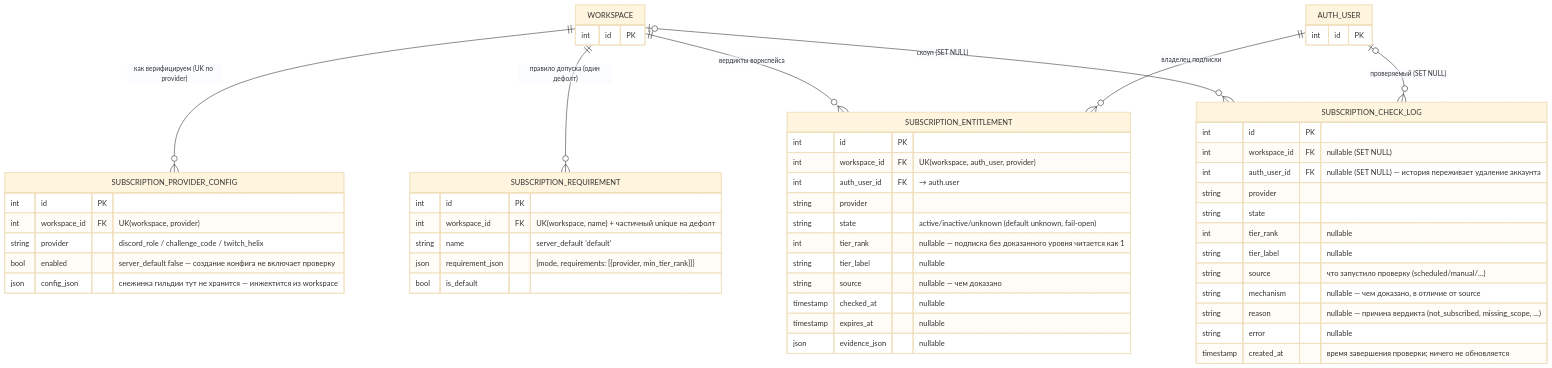
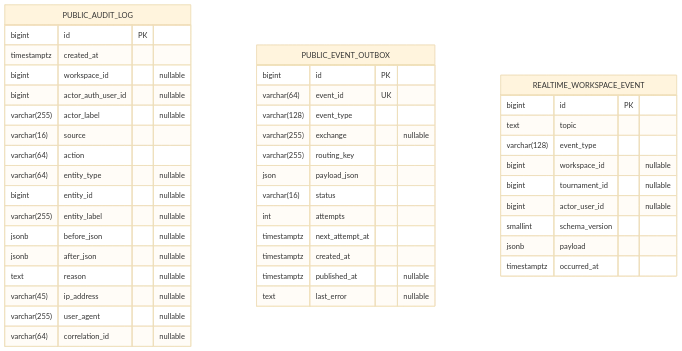
One commit to CraazzzyyFoxx/anak-tournaments changed diagram 19 of 19 in docs/database_erd.md. Above: the diagram before and after it, drawn with Mermaid (base theme). The commit also changed other lines of this file and 60 other files, not shown here.

````diff
--- a/docs/database_erd.md
+++ b/docs/database_erd.md
@@ -1484,57 +2560,46 @@
 ```mermaid
 erDiagram
-    SUBSCRIPTION_PROVIDER_CONFIG {
-        int id PK
-        int workspace_id FK "UK(workspace, provider)"
-        string provider "discord_role / challenge_code / twitch_helix"
-        bool enabled "server_default false — создание конфига не включает проверку"
-        json config_json "снежинка гильдии тут не хранится — инжектится из workspace"
+    PUBLIC_AUDIT_LOG {
+        bigint id PK
+        timestamptz created_at
+        bigint workspace_id "nullable"
+        bigint actor_auth_user_id "nullable"
+        varchar(255) actor_label "nullable"
+        varchar(16) source
+        varchar(64) action
+        varchar(64) entity_type "nullable"
+        bigint entity_id "nullable"
+        varchar(255) entity_label "nullable"
+        jsonb before_json "nullable"
+        jsonb after_json "nullable"
+        text reason "nullable"
+        varchar(45) ip_address "nullable"
+        varchar(255) user_agent "nullable"
+        varchar(64) correlation_id "nullable"
     }
-    SUBSCRIPTION_REQUIREMENT {
-        int id PK
-        int workspace_id FK "UK(workspace, name) + частичный unique на дефолт"
-        string name "server_default 'default'"
-        json requirement_json "{mode, requirements: [{provider, min_tier_rank}]}"
-        bool is_default
+    PUBLIC_EVENT_OUTBOX {
+        bigint id PK
+        varchar(64) event_id UK
+        varchar(128) event_type
+        varchar(255) exchange "nullable"
+        varchar(255) routing_key
+        json payload_json
+        varchar(16) status
+        int attempts
+        timestamptz next_attempt_at
+        timestamptz created_at
+        timestamptz published_at "nullable"
+        text last_error "nullable"
     }
-    SUBSCRIPTION_ENTITLEMENT {
-        int id PK
-        int workspace_id FK "UK(workspace, auth_user, provider)"
-        int auth_user_id FK "→ auth.user"
-        string provider
-        string state "active/inactive/unknown (default unknown, fail-open)"
-        int tier_rank "nullable — подписка без доказанного уровня читается как 1"
-        string tier_label "nullable"
-        string source "nullable — чем доказано"
-        timestamp checked_at "nullable"
-        timestamp expires_at "nullable"
-        json evidence_json "nullable"
+    REALTIME_WORKSPACE_EVENT {
+        bigint id PK
+        text topic
+        varchar(128) event_type
+        bigint workspace_id "nullable"
+        bigint tournament_id "nullable"
+        bigint actor_user_id "nullable"
+        smallint schema_version
+        jsonb payload
+        timestamptz occurred_at
     }
-    SUBSCRIPTION_CHECK_LOG {
-        int id PK
-        int workspace_id FK "nullable (SET NULL)"
-        int auth_user_id FK "nullable (SET NULL) — история переживает удаление аккаунта"
-        string provider
-        string state
-        int tier_rank "nullable"
-        string tier_label "nullable"
-        string source "что запустило проверку (scheduled/manual/…)"
-        string mechanism "nullable — чем доказано, в отличие от source"
-        string reason "nullable — причина вердикта (not_subscribed, missing_scope, …)"
-        string error "nullable"
-        timestamp created_at "время завершения проверки; ничего не обновляется"
-    }
-    WORKSPACE {
-        int id PK
-    }
-    AUTH_USER {
-        int id PK
-    }
-
-    WORKSPACE ||--o{ SUBSCRIPTION_PROVIDER_CONFIG : "как верифицируем (UK по provider)"
-    WORKSPACE ||--o{ SUBSCRIPTION_REQUIREMENT : "правило допуска (один дефолт)"
-    WORKSPACE ||--o{ SUBSCRIPTION_ENTITLEMENT : "вердикты воркспейса"
-    AUTH_USER ||--o{ SUBSCRIPTION_ENTITLEMENT : "владелец подписки"
-    WORKSPACE |o--o{ SUBSCRIPTION_CHECK_LOG : "скоуп (SET NULL)"
-    AUTH_USER |o--o{ SUBSCRIPTION_CHECK_LOG : "проверяемый (SET NULL)"
 ```
````
